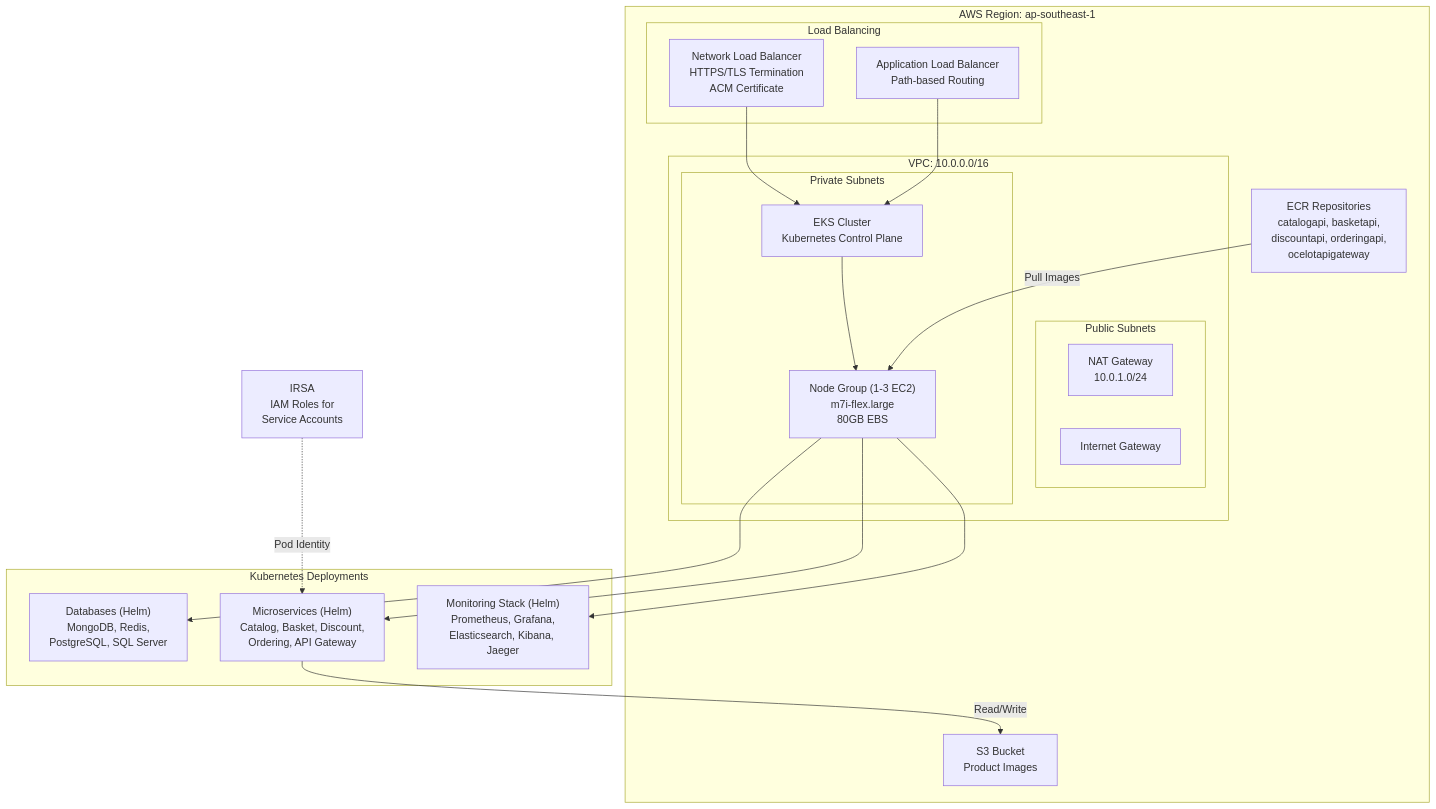
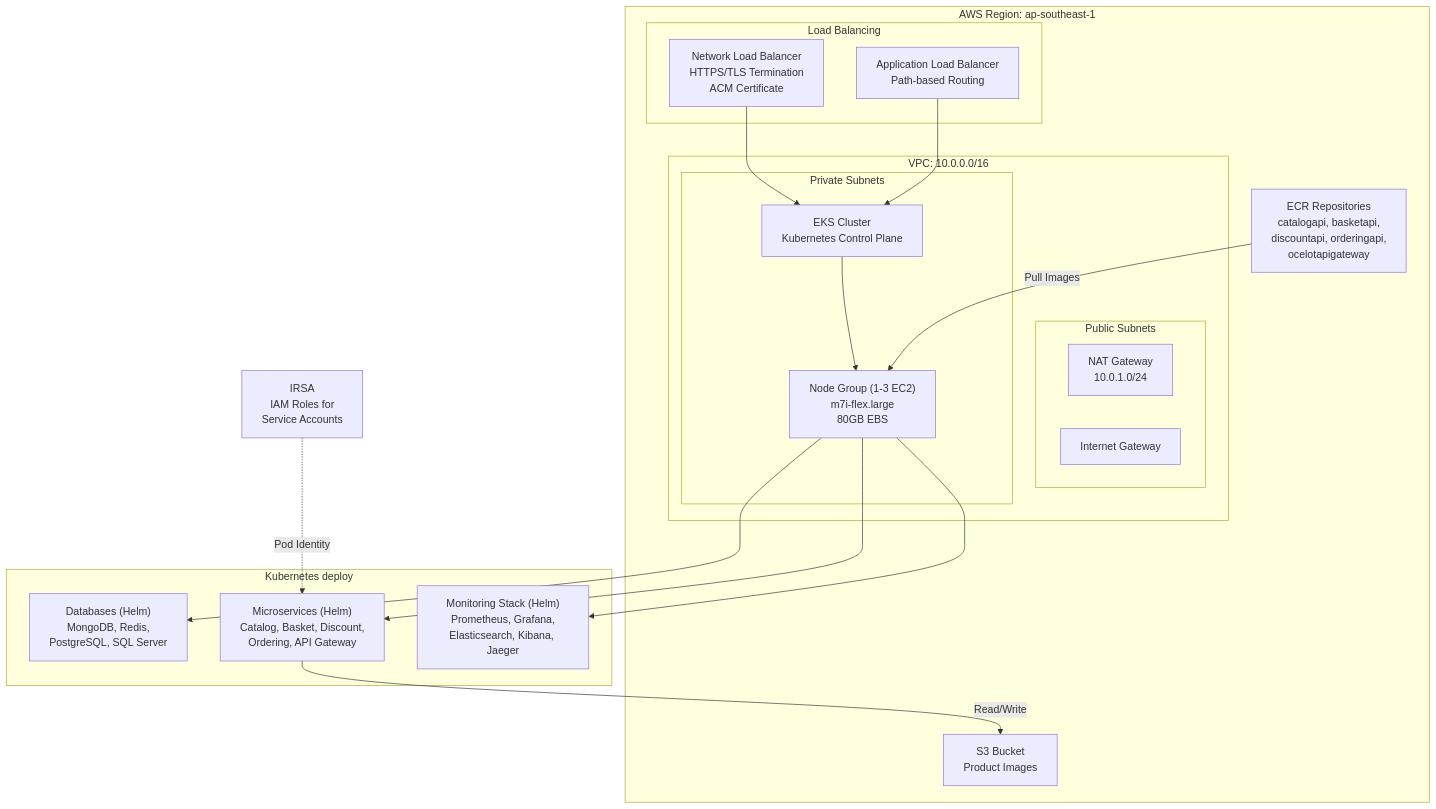
The third of 4 diagrams in README.md (sloweyyy/cloud-native-ecommerce-platform), drawn with Mermaid before and after one commit. The commit also changed other lines of this file and 1472 other files, not shown here.

````diff
--- a/README.md
+++ b/README.md
@@ -165,45 +165,45 @@
 ```mermaid
 graph TB
     subgraph "AWS Region: ap-southeast-1"
         subgraph "VPC: 10.0.0.0/16"
             subgraph "Public Subnets"
                 NAT["NAT Gateway<br/>10.0.1.0/24"]
                 IGW["Internet Gateway"]
             end
 
             subgraph "Private Subnets"
                 EKS["EKS Cluster<br/>Kubernetes Control Plane"]
                 NodeGroup["Node Group (1-3 EC2)<br/>m7i-flex.large<br/>80GB EBS"]
             end
         end
 
         ECR["ECR Repositories<br/>catalogapi, basketapi,<br/>discountapi, orderingapi,<br/>ocelotapigateway"]
 
         subgraph "Load Balancing"
             NLB["Network Load Balancer<br/>HTTPS/TLS Termination<br/>ACM Certificate"]
             ALB["Application Load Balancer<br/>Path-based Routing"]
         end
 
         S3["S3 Bucket<br/>Product Images"]
     end
 
-    subgraph "Kubernetes Deployments"
+    subgraph "Kubernetes deploy"
         Databases["Databases (Helm)<br/>MongoDB, Redis,<br/>PostgreSQL, SQL Server"]
         Apps["Microservices (Helm)<br/>Catalog, Basket, Discount,<br/>Ordering, API Gateway"]
         Monitoring["Monitoring Stack (Helm)<br/>Prometheus, Grafana,<br/>Elasticsearch, Kibana, Jaeger"]
     end
 
     EKS --> NodeGroup
     NodeGroup --> Databases
     NodeGroup --> Apps
     NodeGroup --> Monitoring
 
     NLB --> EKS
     ALB --> EKS
 
     ECR -->|Pull Images| NodeGroup
     Apps -->|Read/Write| S3
 
     IAM["IRSA<br/>IAM Roles for<br/>Service Accounts"]
     IAM -.->|Pod Identity| Apps
 ```
````
